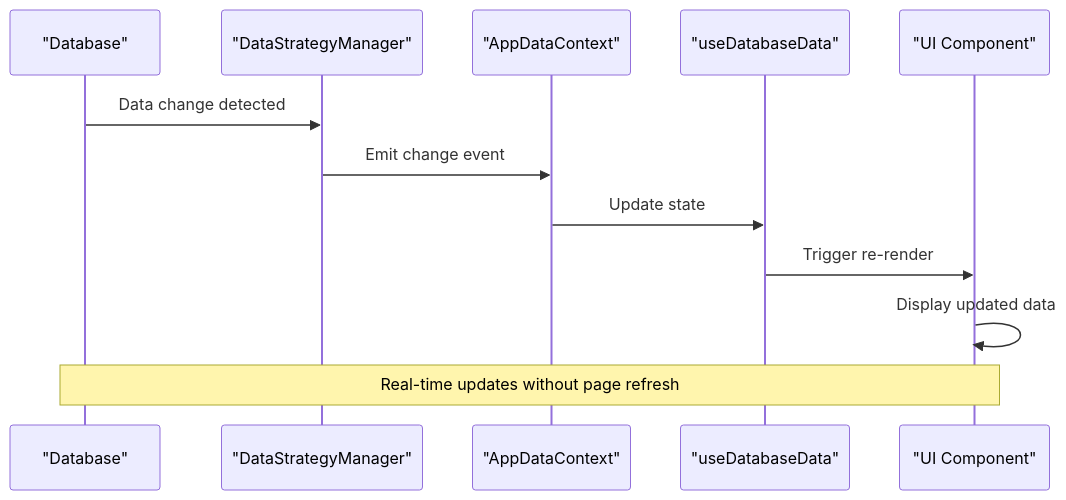
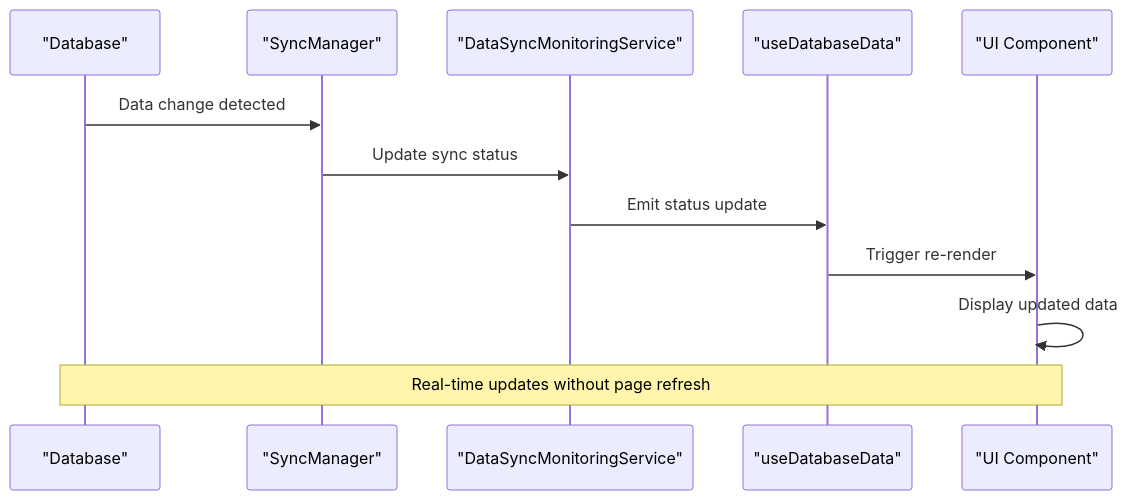
One commit to geniusdynamics/schoolpilot changed the tenth of 20 diagrams in .qoder/repowiki/en/content/Architecture Overview/Data Management Architecture/Data Synchronization Workflow/Data Synchronization Workflow.md. Above: the diagram before and after it, drawn with Mermaid. The commit also changed other lines of this file and 8 other files, not shown here.

````diff
--- a/.qoder/repowiki/en/content/Architecture Overview/Data Management Architecture/Data Synchronization Workflow/Data Synchronization Workflow.md
+++ b/.qoder/repowiki/en/content/Architecture Overview/Data Management Architecture/Data Synchronization Workflow/Data Synchronization Workflow.md
@@ -387,14 +431,14 @@
 ```mermaid
 sequenceDiagram
 participant DB as "Database"
-participant Strategy as "DataStrategyManager"
-participant Context as "AppDataContext"
-participant Hook as "useDatabaseData"
+participant SyncManager as "SyncManager"
+participant DataSyncMonitoringService as "DataSyncMonitoringService"
+participant useDatabaseData as "useDatabaseData"
 participant UI as "UI Component"
-DB->>Strategy : Data change detected
-Strategy->>Context : Emit change event
-Context->>Hook : Update state
-Hook->>UI : Trigger re-render
+DB->>SyncManager : Data change detected
+SyncManager->>DataSyncMonitoringService : Update sync status
+DataSyncMonitoringService->>useDatabaseData : Emit status update
+useDatabaseData->>UI : Trigger re-render
 UI->>UI : Display updated data
 Note over DB,UI : Real-time updates without page refresh
 ```
````
